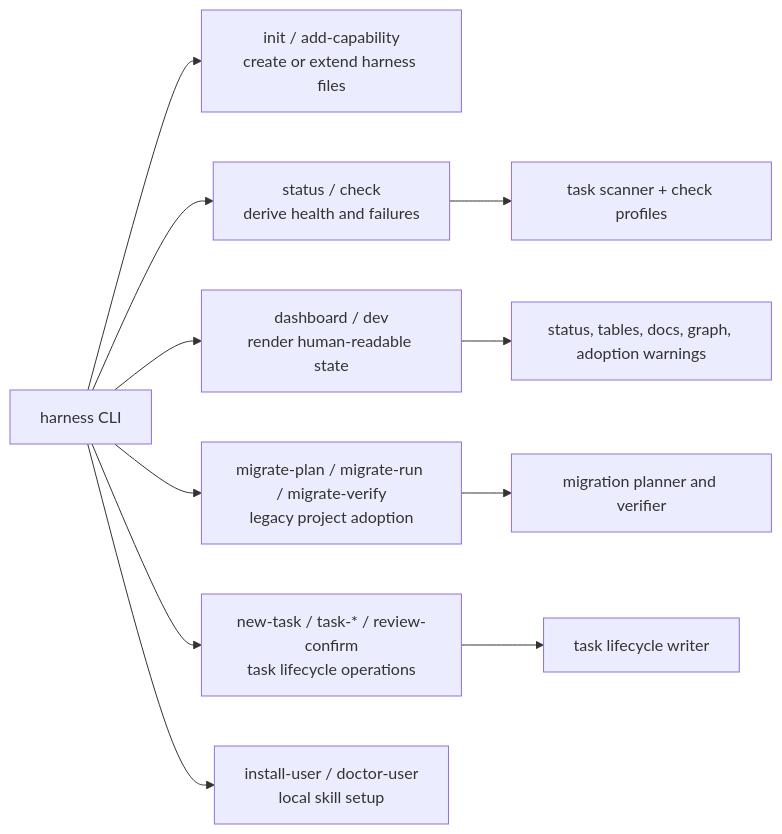
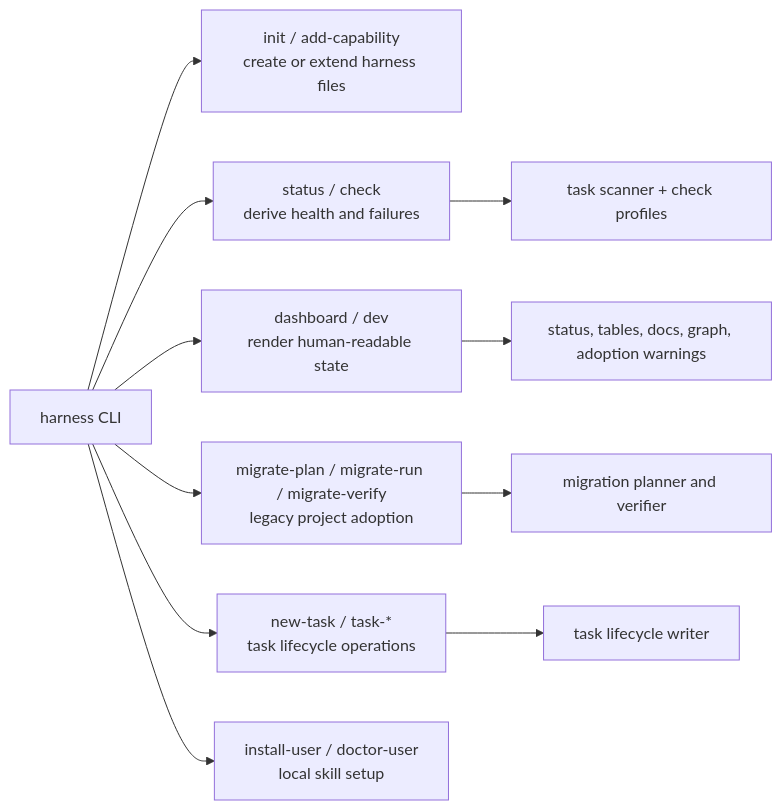
The fourth of 11 diagrams in docs-release/architecture/overview.md (FairladyZ625/coding-agent-harness), drawn with Mermaid before and after one commit. The commit also changed other lines of this file and 33 other files, not shown here.

````diff
--- a/docs-release/architecture/overview.md
+++ b/docs-release/architecture/overview.md
@@ -113,16 +113,16 @@
 ```mermaid
 flowchart LR
   CLI["harness CLI"]
 
   CLI --> Init["init / add-capability<br/>create or extend harness files"]
   CLI --> Status["status / check<br/>derive health and failures"]
   CLI --> Dashboard["dashboard / dev<br/>render human-readable state"]
   CLI --> Migration["migrate-plan / migrate-run / migrate-verify<br/>legacy project adoption"]
-  CLI --> Task["new-task / task-* / review-confirm<br/>task lifecycle operations"]
+  CLI --> Task["new-task / task-*<br/>task lifecycle operations"]
   CLI --> UserSkill["install-user / doctor-user<br/>local skill setup"]
 
   Status --> Scanner["task scanner + check profiles"]
   Dashboard --> Bundle["status, tables, docs, graph, adoption warnings"]
   Task --> Lifecycle["task lifecycle writer"]
   Migration --> Planner["migration planner and verifier"]
 ```
````
